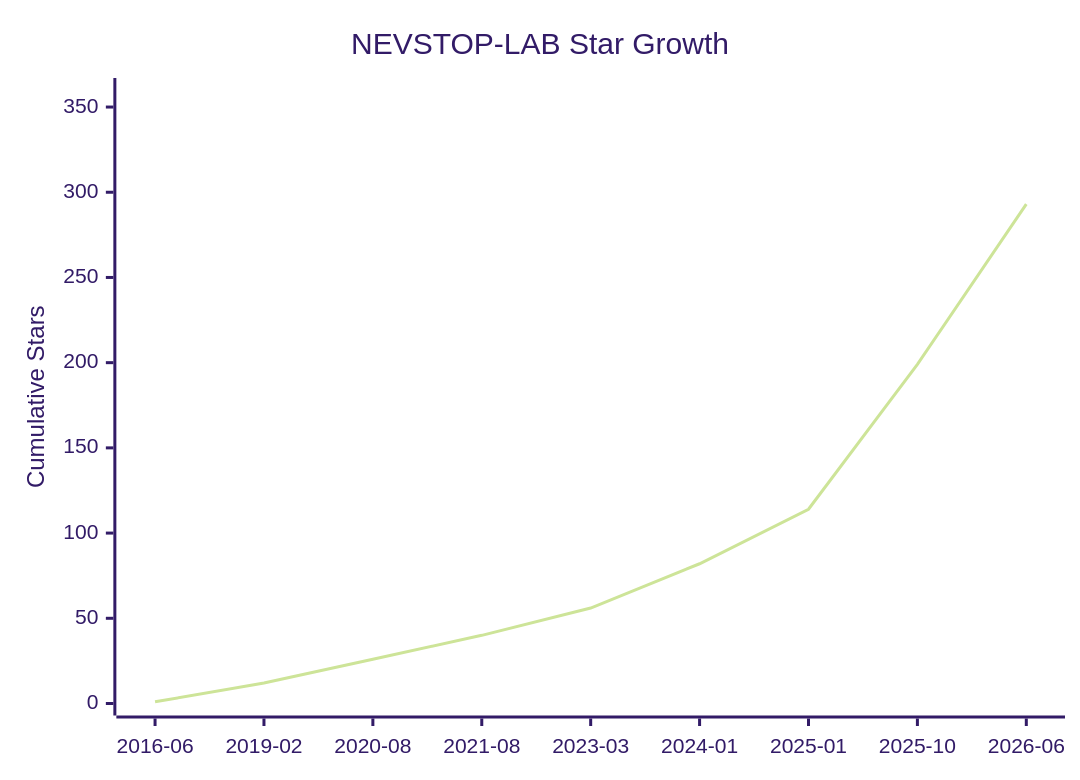
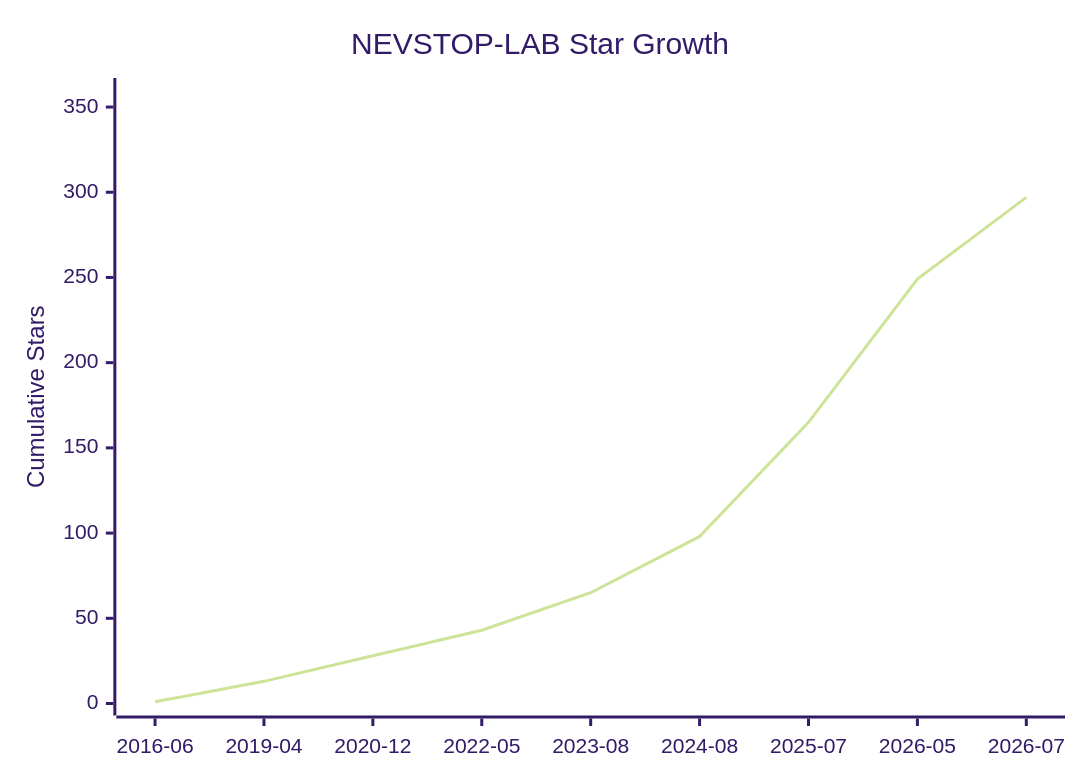
Before and after one commit to NEVSTOP-LAB/.github: the diagram in Star-History.md, drawn with Mermaid (forest theme). The commit also changed other lines of this file and 2 other files, not shown here.

````diff
--- a/Star-History.md
+++ b/Star-History.md
@@ -8,7 +8,7 @@
 ```mermaid
 xychart-beta
     title "NEVSTOP-LAB Star Growth"
-    x-axis ["2016-06", "2019-02", "2020-08", "2021-08", "2023-03", "2024-01", "2025-01", "2025-10", "2026-06"]
+    x-axis ["2016-06", "2019-04", "2020-12", "2022-05", "2023-08", "2024-08", "2025-07", "2026-05", "2026-07"]
     y-axis "Cumulative Stars" 0 --> 360
-    line [1, 12, 26, 40, 56, 82, 114, 199, 293]
+    line [1, 13, 28, 43, 65, 98, 165, 249, 297]
 ```
````
